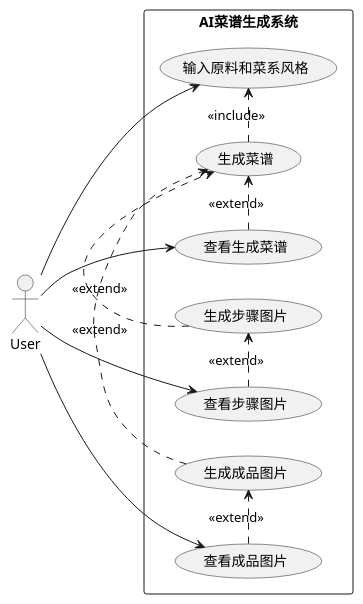
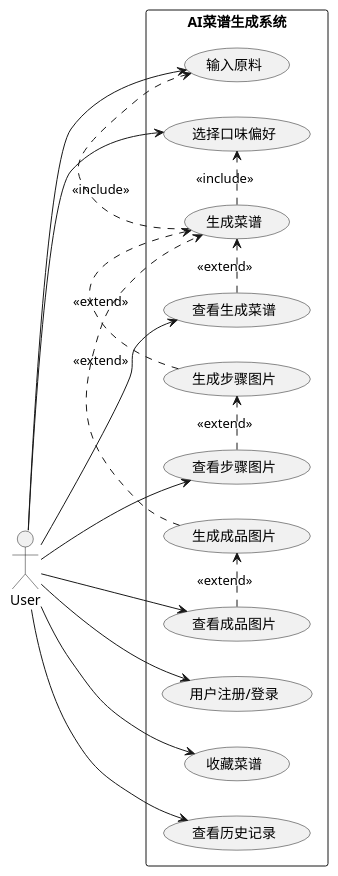
The diagram in app/documents/umls_utils/user_case.puml (WuXiuyuansysu/se_homework), drawn with PlantUML before and after one commit. The commit also changed other lines of this file and 15 other files, not shown here.

```diff
--- a/app/documents/umls_utils/user_case.puml
+++ b/app/documents/umls_utils/user_case.puml
@@ -1,30 +1,38 @@
 @startuml user_case
 left to right direction 
 
 actor "User" as user 
 
 rectangle "AI菜谱生成系统" {
-  usecase "输入原料和菜系风格" as uc_input
+  usecase "用户注册/登录" as uc_login
+  usecase "输入原料" as uc_input_ingredients
+  usecase "选择口味偏好" as uc_select_preferences
   usecase "生成菜谱" as uc_generate_recipe
   usecase "查看生成菜谱" as uc_view_recipe
   usecase "生成步骤图片" as uc_generate_steps_img
   usecase "查看步骤图片" as uc_view_steps_img
   usecase "生成成品图片" as uc_generate_dish_img
   usecase "查看成品图片" as uc_view_dish_img
+  usecase "收藏菜谱" as uc_save_like
+  usecase "查看历史记录" as uc_view_history
 
-  user --> uc_input
+  user --> uc_login
+  user --> uc_input_ingredients
+  user --> uc_select_preferences
   user --> uc_view_recipe
   user --> uc_view_steps_img
   user --> uc_view_dish_img
+  user --> uc_save_like
+  user --> uc_view_history
 
-
-  uc_generate_recipe .> uc_input : <<include>>
+  uc_generate_recipe .> uc_input_ingredients : <<include>>
+  uc_generate_recipe .> uc_select_preferences : <<include>>
+  
   uc_generate_steps_img .> uc_generate_recipe : <<extend>>
   uc_generate_dish_img .> uc_generate_recipe : <<extend>>
   
-
   uc_view_recipe .> uc_generate_recipe : <<extend>>
   uc_view_steps_img .> uc_generate_steps_img : <<extend>>
   uc_view_dish_img .> uc_generate_dish_img : <<extend>>
 }
 @enduml
```
